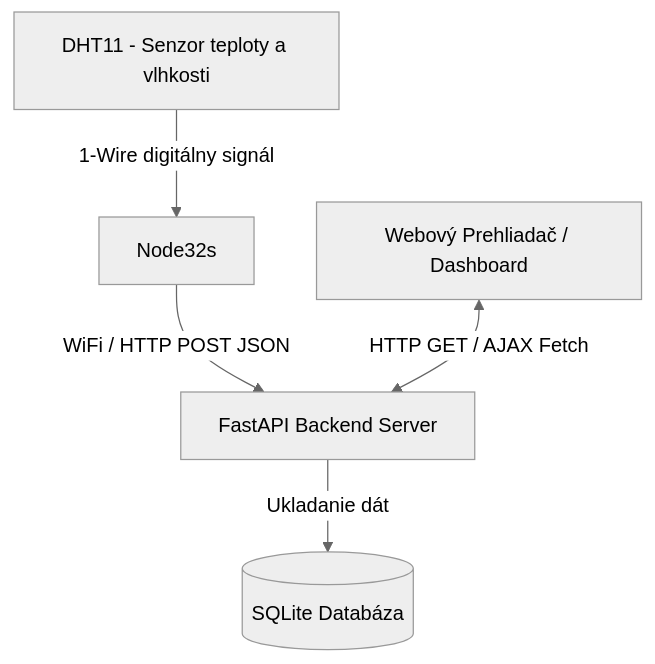
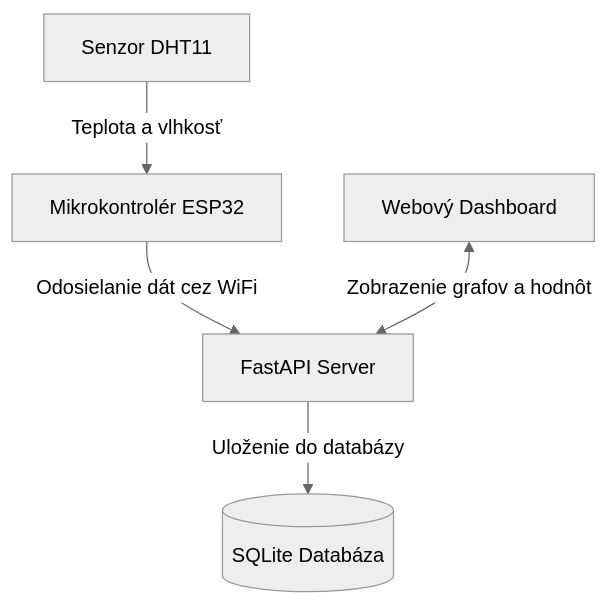
Before and after one commit to HavryliukM/MISA: the diagram in README.md, drawn with Mermaid (neutral theme). The commit also changed other lines of this file, not shown here.

First line of the commit message:
Revise README.md for system architecture and project details

````diff
--- a/README.md
+++ b/README.md
@@ -7,7 +7,8 @@
 ```mermaid
 graph TD
-    Sensor[DHT11 - Senzor teploty a vlhkosti] -->|1-Wire digitálny signál| MCU[Node32s]
-    MCU -->|WiFi / HTTP POST JSON| Server[FastAPI Backend Server]
-    Server -->|Ukladanie dát| DB[(SQLite Databáza)]
-    Client[Webový Prehliadač / Dashboard] <-->|HTTP GET / AJAX Fetch| Server
+    Senzor[Senzor DHT11] -->|Teplota a vlhkosť| ESP32[Mikrokontrolér ESP32]
+    ESP32 -->|Odosielanie dát cez WiFi| Server[FastAPI Server]
+    Server -->|Uloženie do databázy| Databaza[(SQLite Databáza)]
+    Prehliadac[Webový Dashboard] <-->|Zobrazenie grafov a hodnôt| Server
+
 ```
````
